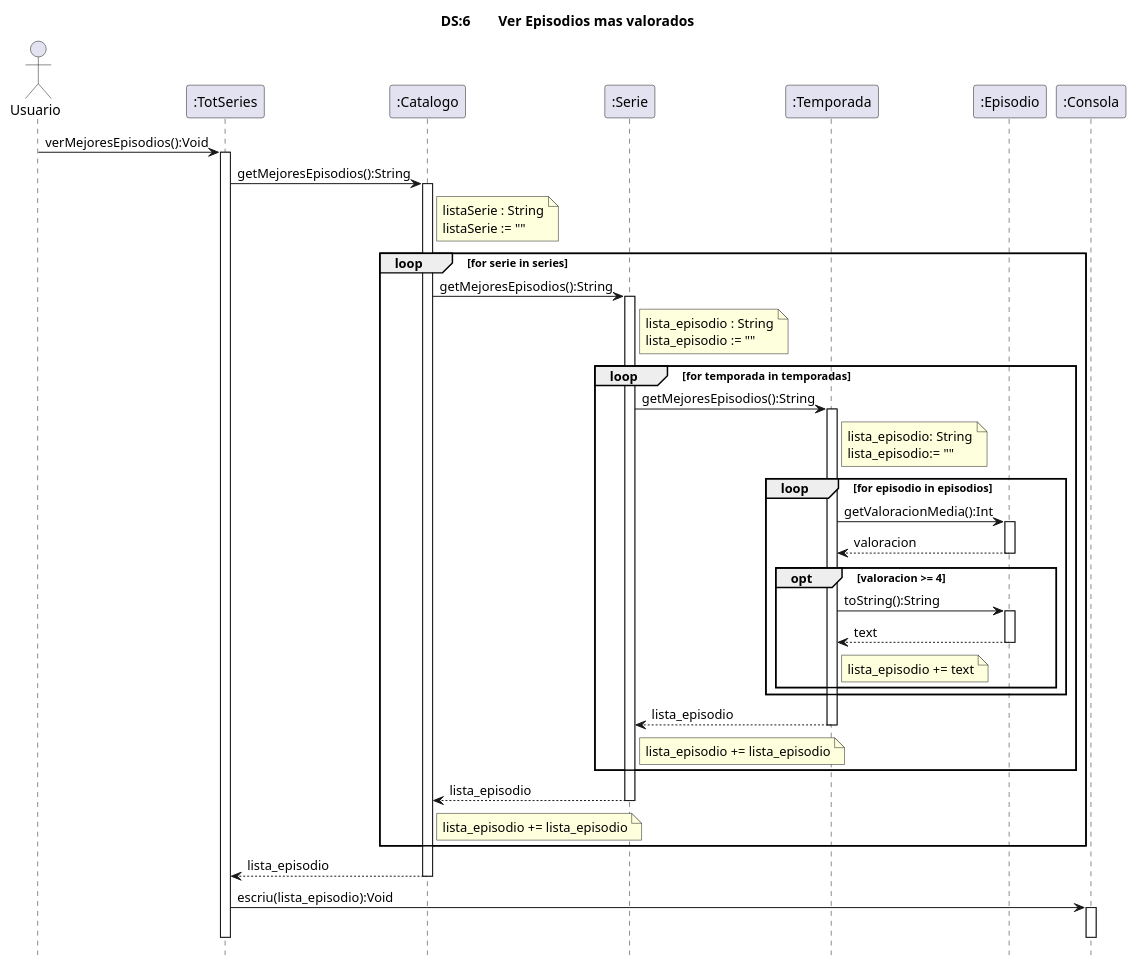
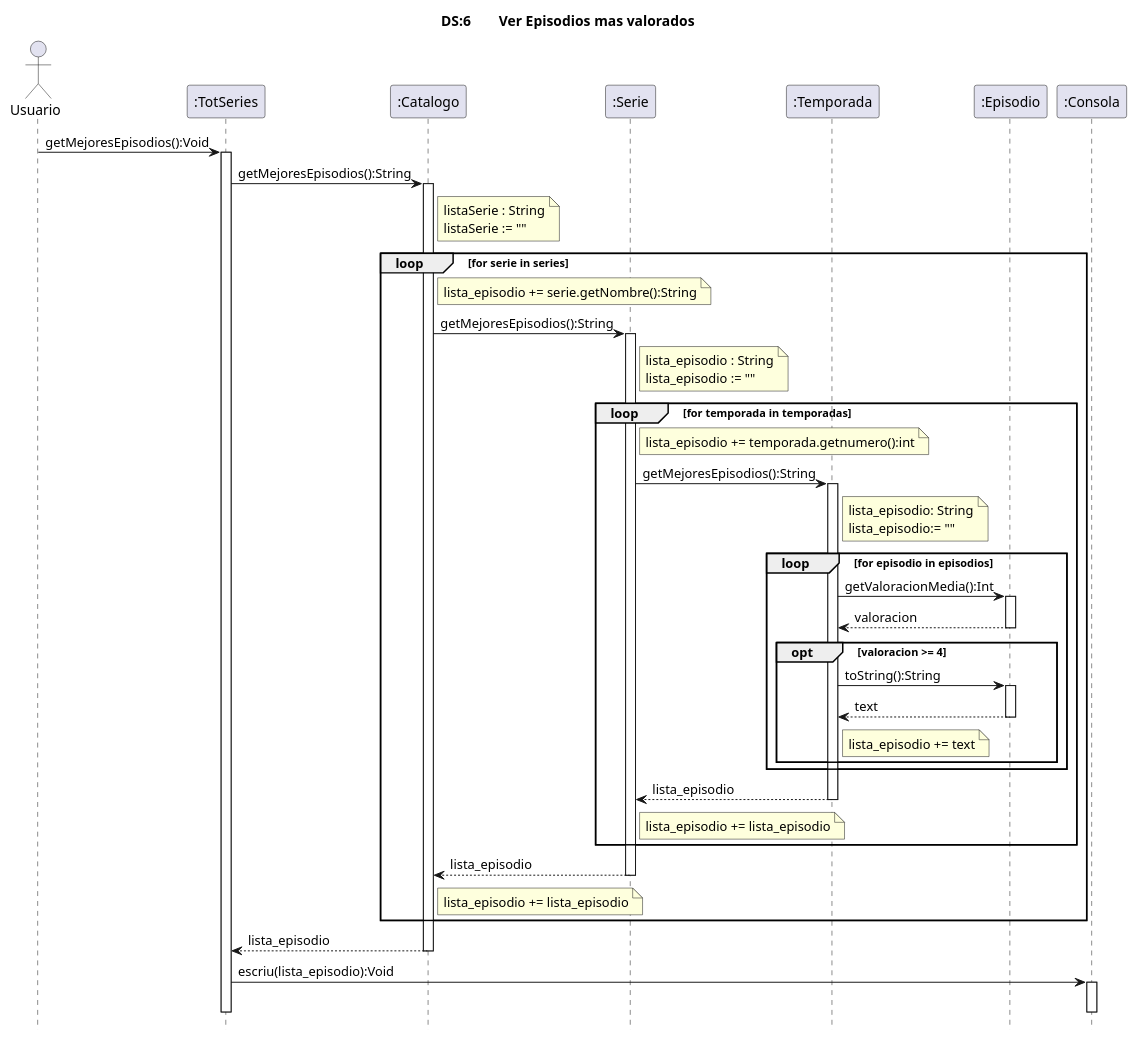
One commit to MrViciao/TotSeries changed the diagram in src/totseries/Uml/Diagrama de Secuencia UC6.puml. Above: the diagram before and after it, drawn with PlantUML.

Commit message:
Update Diagrama de Secuencia UC6.puml

```diff
--- a/src/totseries/Uml/Diagrama de Secuencia UC6.puml
+++ b/src/totseries/Uml/Diagrama de Secuencia UC6.puml
@@ -1,86 +1,92 @@
 @startuml
 title	DS:6	Ver Episodios mas valorados
 hide	footbox
 
 actor Usuario
 participant ":TotSeries" as TotSeries
 participant ":Catalogo" as Catalogo
 participant ":Serie" as Serie
 participant ":Temporada" as Temporada
 participant ":Episodio" as Episodio
 participant ":Consola" as Consola
 
-Usuario -> TotSeries:verMejoresEpisodios():Void
+Usuario -> TotSeries:getMejoresEpisodios():Void
 activate TotSeries
 TotSeries -> Catalogo:getMejoresEpisodios():String
 activate Catalogo
 
 
 note right Catalogo
     listaSerie : String
     listaSerie := ""
 end note
 
 loop for serie in series
+    note right Catalogo
+        lista_episodio += serie.getNombre():String
+    end note
     Catalogo -> Serie:getMejoresEpisodios():String
     activate Serie
 
 
     note right Serie
     lista_episodio : String
     lista_episodio := ""
     end note
 
     loop for temporada in temporadas
+        note right Serie
+        lista_episodio += temporada.getnumero():int
+        end note
         Serie -> Temporada:getMejoresEpisodios():String
         activate Temporada
 
 
         note right Temporada
             lista_episodio: String
             lista_episodio:= ""
         end note
 
         loop for episodio in episodios
             Temporada -> Episodio:getValoracionMedia():Int
             activate Episodio
             Episodio --> Temporada:valoracion
             deactivate Episodio
 
 
             opt valoracion >= 4
                 Temporada -> Episodio:toString():String
                 activate Episodio
                 Episodio --> Temporada:text
                 deactivate Episodio
 
                 note right Temporada
                     lista_episodio += text
                 end note
 
             end opt
         end loop
         Temporada --> Serie:lista_episodio
         deactivate Temporada
 
 
         note right Serie
             lista_episodio += lista_episodio
         end note
 
     end loop
     Serie --> Catalogo:lista_episodio
     deactivate Serie
 
      note right Catalogo
         lista_episodio += lista_episodio
     end note
 end loop
 Catalogo --> TotSeries:lista_episodio
 deactivate Catalogo
 
 TotSeries -> Consola : escriu(lista_episodio):Void
 activate Consola
 deactivate Consola
 deactivate TotSeries
 @enduml
```
